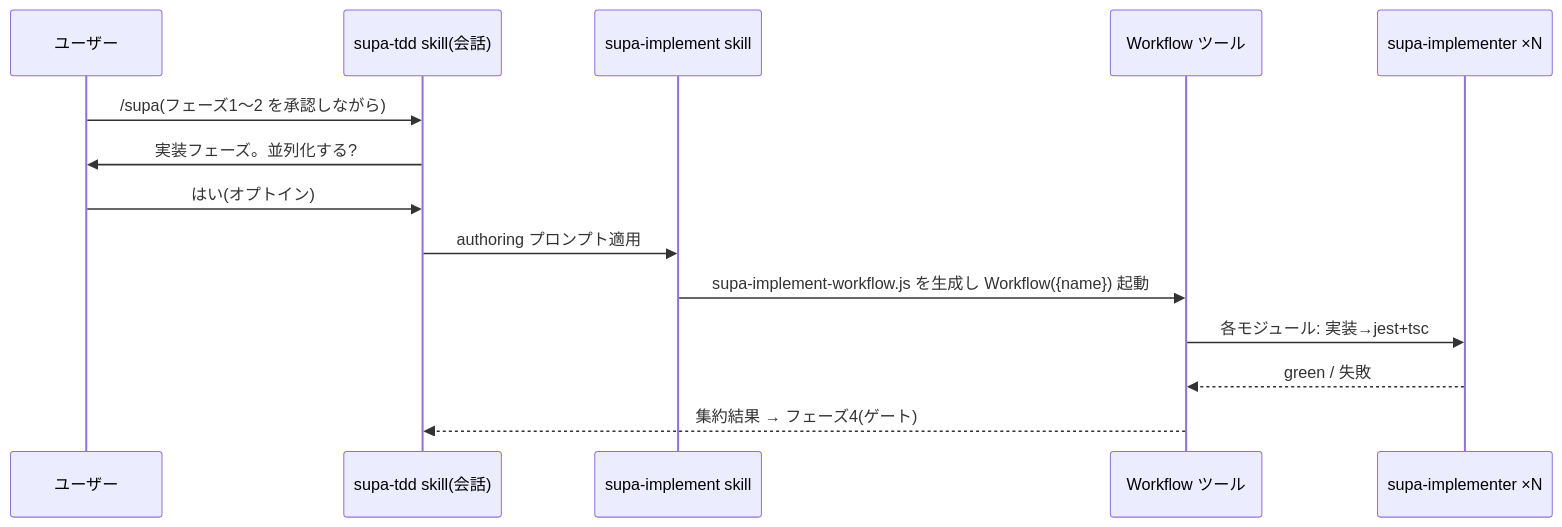
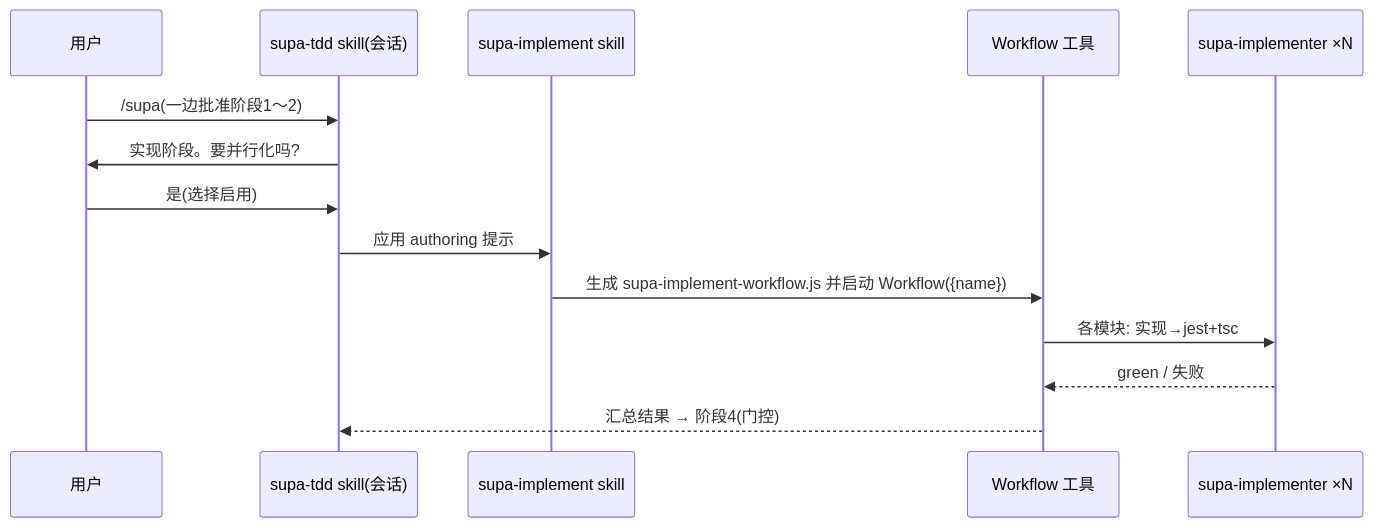
Before and after one commit to magcen-zone/supadevops: the sixth of 7 diagrams in README.md, drawn with Mermaid. The commit also changed other lines of this file and 11 other files, not shown here.

````diff
--- a/README.md
+++ b/README.md
@@ -548,16 +548,16 @@
 ```mermaid
 sequenceDiagram
-    participant U as ユーザー
-    participant S as supa-tdd skill(会話)
+    participant U as 用户
+    participant S as supa-tdd skill(会话)
     participant K as supa-implement skill
-    participant W as Workflow ツール
+    participant W as Workflow 工具
     participant A as supa-implementer ×N
-    U->>S: /supa(フェーズ1〜2 を承認しながら)
-    S->>U: 実装フェーズ。並列化する?
-    U->>S: はい(オプトイン)
-    S->>K: authoring プロンプト適用
-    K->>W: supa-implement-workflow.js を生成し Workflow({name}) 起動
-    W->>A: 各モジュール: 実装→jest+tsc
-    A-->>W: green / 失敗
-    W-->>S: 集約結果 → フェーズ4(ゲート)
+    U->>S: /supa(一边批准阶段1～2)
+    S->>U: 实现阶段。要并行化吗?
+    U->>S: 是(选择启用)
+    S->>K: 应用 authoring 提示
+    K->>W: 生成 supa-implement-workflow.js 并启动 Workflow({name})
+    W->>A: 各模块: 实现→jest+tsc
+    A-->>W: green / 失败
+    W-->>S: 汇总结果 → 阶段4(门控)
 ```
````
